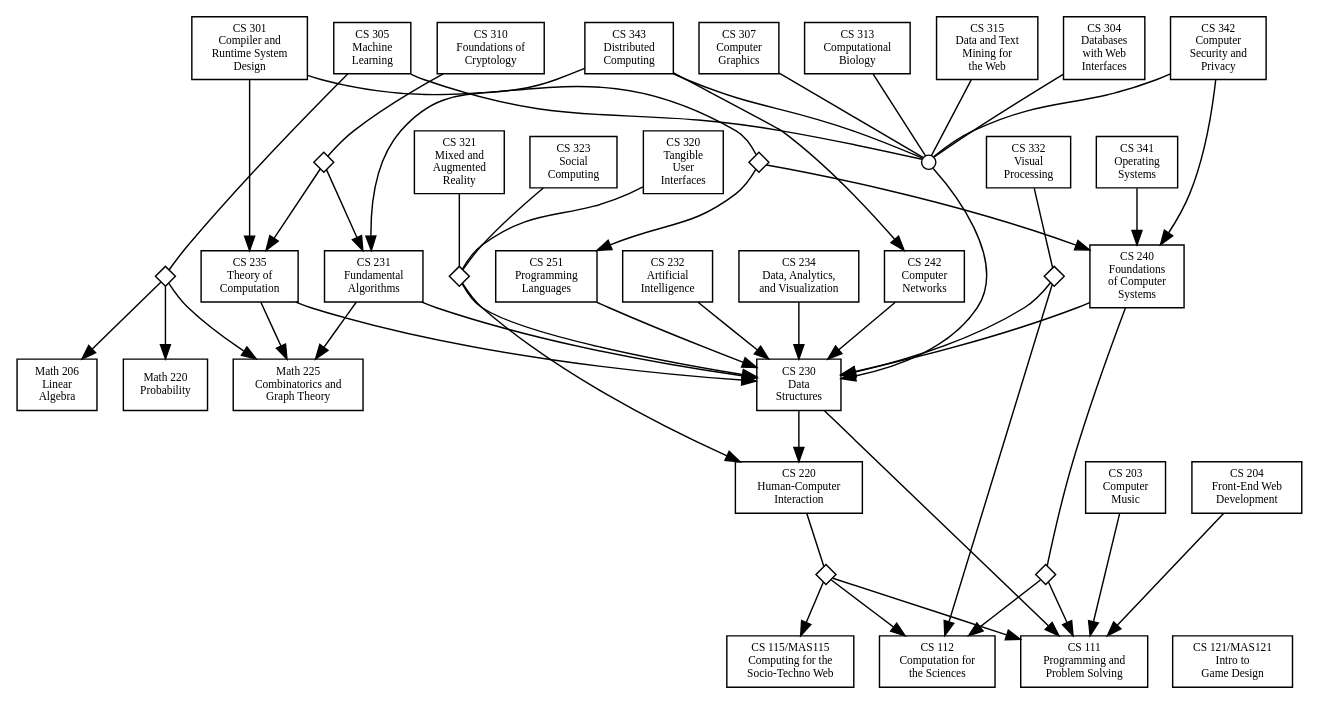
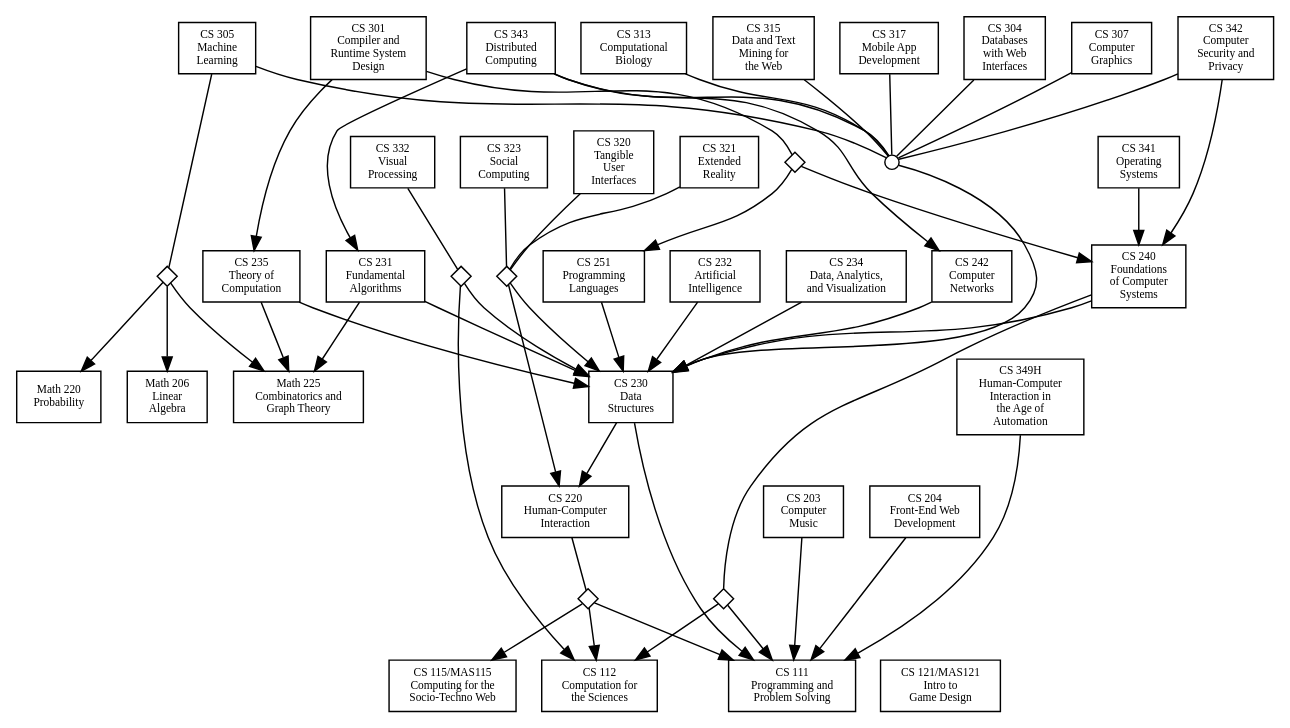
The diagram in prereqs.dot (solsword/prereqs), drawn with Graphviz before and after one commit.

Commit message:
Lyn's changes to prereqs.dot: Added CS 317 and CS 349H; updated semester offering information to be more accurate.
-Lyn Turbak (via Peter Mawhorter)

```diff
--- a/prereqs.dot
+++ b/prereqs.dot
@@ -1,127 +1,129 @@
 digraph Course_Prerequisites {
   // Default properties for every node
   node [shape="rectangle", fontsize="8", style="filled", fillcolor="white"];
 
   // Nodes (classes plus grouping nodes)
   cs111 [label="CS 111\nProgramming and\nProblem Solving", class="core intro"]
   cs112 [label="CS 112\nComputation for\nthe Sciences", class="intro"]
   cs115 [label="CS 115/MAS115\nComputing for the\nSocio-Techno Web", class="intro"]
   cs121 [label="CS 121/MAS121\nIntro to\nGame Design", class="intro"]
 
   cs230 [label="CS 230\nData\nStructures", class="core"]
   cs230up [label="", shape="circle", width="0.14", height="0.14", class="group"]
   cs240 [label="CS 240\nFoundations\nof Computer\nSystems", class="core"]
   cs111or112 [label="", shape="diamond", width="0.2", height="0.2", class="opt"]
   cs231 [label="CS 231\nFundamental\nAlgorithms", class="core"]
   cs235 [label="CS 235\nTheory of\nComputation", class="core"]
   cs251 [label="CS 251\nProgramming\nLanguages", class="core"] 
   cs230 -> cs220 [class="invisible"]
 
   math225 [label="Math 225\nCombinatorics and\nGraph Theory", class="math required"]
   math206 [label="Math 206\nLinear\nAlgebra", class="math"]
   math220 [label="Math 220\nProbability", class="math"]
 
   cs203 [label="CS 203\nComputer\nMusic", class="elective spring"]
-  cs204 [label="CS 204\nFront-End Web\nDevelopment", class="elective"]
+  cs204 [label="CS 204\nFront-End Web\nDevelopment", class="elective fall"]
   cs220 [label="CS 220\nHuman-Computer\nInteraction", class="elective"]
   cs111or112or115 [label="", shape="diamond", width="0.2", height="0.2", class="opt"]
   cs232 [label="CS 232\nArtificial\nIntelligence", class="elective spring"]
   cs234 [label="CS 234\nData, Analytics,\nand Visualization", class="elective fall"]
-  cs242 [label="CS 242\nComputer\nNetworks", class="elective notoffered"]
+  cs242 [label="CS 242\nComputer\nNetworks", class="elective fall"]
 
-  cs301 [label="CS 301\nCompiler and\nRuntime System\nDesign", class="elective notoffered"]
-  cs250or251 [label="", shape="diamond", width="0.2", height="0.2", class="opt"]
+  cs301 [label="CS 301\nCompiler and\nRuntime System\nDesign", class="elective spring"]
+  cs240or251 [label="", shape="diamond", width="0.2", height="0.2", class="opt"]
   cs304 [label="CS 304\nDatabases\nwith Web\nInterfaces", class="elective"]
-  cs305 [label="CS 305\nMachine\nLearning", class="elective"]
+  cs305 [label="CS 305\nMachine\nLearning", class="elective notoffered"]
   math225or206or220 [label="", shape="diamond", width="0.2", height="0.2", class="opt"]
-  cs307 [label="CS 307\nComputer\nGraphics", class="elective fall"]
-  cs310 [label="CS 310\nFoundations of\nCryptology", class="elective notoffered"]
-  cs231or235 [label="", shape="diamond", width="0.2", height="0.2", class="opt"]
-  cs313 [label="CS 313\nComputational\nBiology", class="elective fall"]
-  cs315 [label="CS 315\nData and Text\nMining for\nthe Web", class="elective notoffered"]
+  cs307 [label="CS 307\nComputer\nGraphics", class="elective spring"]
+  cs313 [label="CS 313\nComputational\nBiology", class="elective notoffered"]
+  cs315 [label="CS 315\nData and Text\nMining for\nthe Web", class="elective fall"]
+  cs317 [label="CS 317\nMobile App\nDevelopment", class="elective spring"]
   cs230or220 [label="", shape="diamond", width="0.2", height="0.2", class="opt"]
-  cs320 [label="CS 320\nTangible\nUser\nInterfaces", class="elective notoffered"]
-  cs321 [label="CS 321\nMixed and\nAugmented\nReality", class="elective spring"]
-  cs323 [label="CS 323\nSocial\nComputing", class="elective fall"]
+  cs320 [label="CS 320\nTangible\nUser\nInterfaces", class="elective fall"]
+  cs321 [label="CS 321\nExtended\nReality", class="elective spring"]
+  cs323 [label="CS 323\nSocial\nComputing", class="elective notoffered"]
 
-  cs332 [label="CS 332\nVisual\nProcessing", class="elective notoffered"]
+  cs332 [label="CS 332\nVisual\nProcessing", class="elective fall"]
   cs112or230 [label="", shape="diamond", width="0.2", height="0.2", class="opt"]
-  cs341 [label="CS 341\nOperating\nSystems", class="elective notoffered"]
-  cs342 [label="CS 342\nComputer\nSecurity and\nPrivacy", class="elective spring"]
-  cs343 [label="CS 343\nDistributed\nComputing", class="elective spring"]
+  cs341 [label="CS 341\nOperating\nSystems", class="elective fall"]
+  cs342 [label="CS 342\nComputer\nSecurity and\nPrivacy", class="elective fall"]
+  cs343 [label="CS 343\nDistributed\nComputing", class="elective notoffered"]
+  cs349H [label="CS 349H\nHuman-Computer\nInteraction in\nthe Age of\nAutomation", class="elective spring"]
 
   // Arrangement of the nodes into rank groups
   {rank=same cs111 cs112 cs115 cs121}
 
   {rank=same cs203 cs204 cs220}
 
   {rank=same
     cs230
     math206 math220 math225
+    cs349H
   }
 
   {rank=same
     cs240
     cs231 cs235 cs251
     cs232 cs234 cs242
   }
 
   {rank=same
     cs301
-    cs310
+    cs317
 
     cs304 cs305 cs307
     cs313 cs315
     cs342 cs343
   }
 
   {rank=same
     cs320 cs321 cs323
     cs332
     cs341
   }
 
   // Edges (course prerequisites)
   // In some ca
   cs203 -> cs111
   cs204 -> cs111
   cs220 -> cs111or112or115 [arrowhead="none", class="options"]
   cs111or112or115 -> { cs111, cs112, cs115 } [class="option"]
 
   cs230 -> cs111
   cs230up -> cs230
   cs240 -> cs230
   cs240 -> cs111or112 [arrowhead="none", class="options"]
   cs111or112 -> { cs111, cs112 } [class="option"]
   cs231 -> { cs230, math225 }
   cs235 -> { cs230, math225 }
   cs251 -> cs230
 
   cs232 -> cs230
   cs234 -> cs230
   cs242 -> cs230
 
-  cs301 -> cs250or251 [arrowhead="none", class="options"]
-  cs250or251 -> { cs240, cs251 } [class="option"]
+  cs301 -> cs240or251 [arrowhead="none", class="options"]
+  cs240or251 -> { cs240, cs251 } [class="option"]
   cs301 -> cs235 [class="recommended"]
   cs304 -> cs230up [arrowhead="none", class="grouping"]
   cs305 -> cs230up [arrowhead="none", class="grouping"]
   cs305 -> math225or206or220 [arrowhead="none", class="options"]
   math225or206or220 -> { math225, math206, math220 } [class="option"]
   cs307 -> cs230up [arrowhead="none", class="grouping"]
-  cs310 -> cs231or235 [arrowhead="none", class="options"]
-  cs231or235 -> { cs231, cs235 } [class="option"]
+  cs317 -> cs230up [arrowhead="none", class="grouping"]
+
   cs313 -> cs230up [arrowhead="none", class="grouping"]
   cs315 -> cs230up [arrowhead="none", class="grouping"]
   cs320 -> cs230or220 [arrowhead="none", class="options"]
   cs230or220 -> { cs220, cs230 } [class="option"]
   cs321 -> cs230or220 [arrowhead="none", class="options"]
   cs323 -> cs230or220 [arrowhead="none", class="options"]
   cs332 -> cs112or230 [arrowhead="none", class="options"]
   cs112or230 -> { cs112, cs230 } [class="option"]
   cs341 -> cs240
   cs342 -> cs230up [arrowhead="none", class="grouping"]
   cs342 -> cs240
   cs343 -> cs230up [arrowhead="none", class="grouping"]
   cs343 -> { cs231, cs242 } [class="recommended"]
+  cs349H -> cs111 // Much more complicated than this!
 }
```
